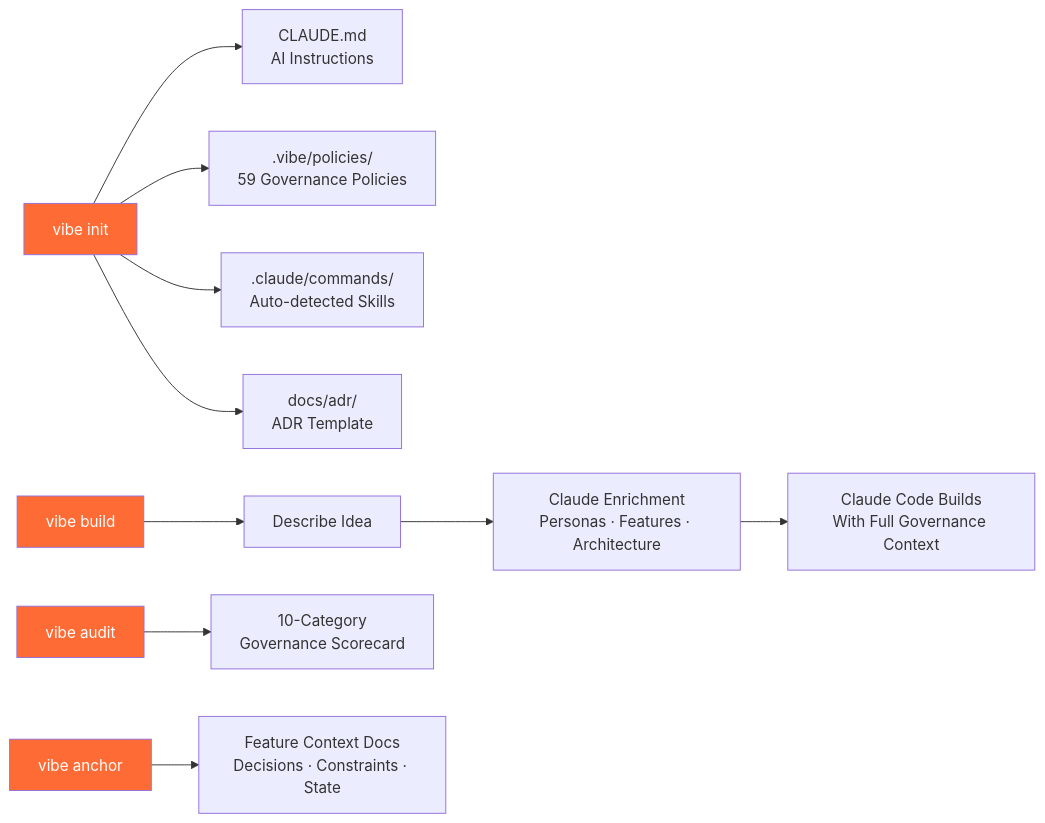
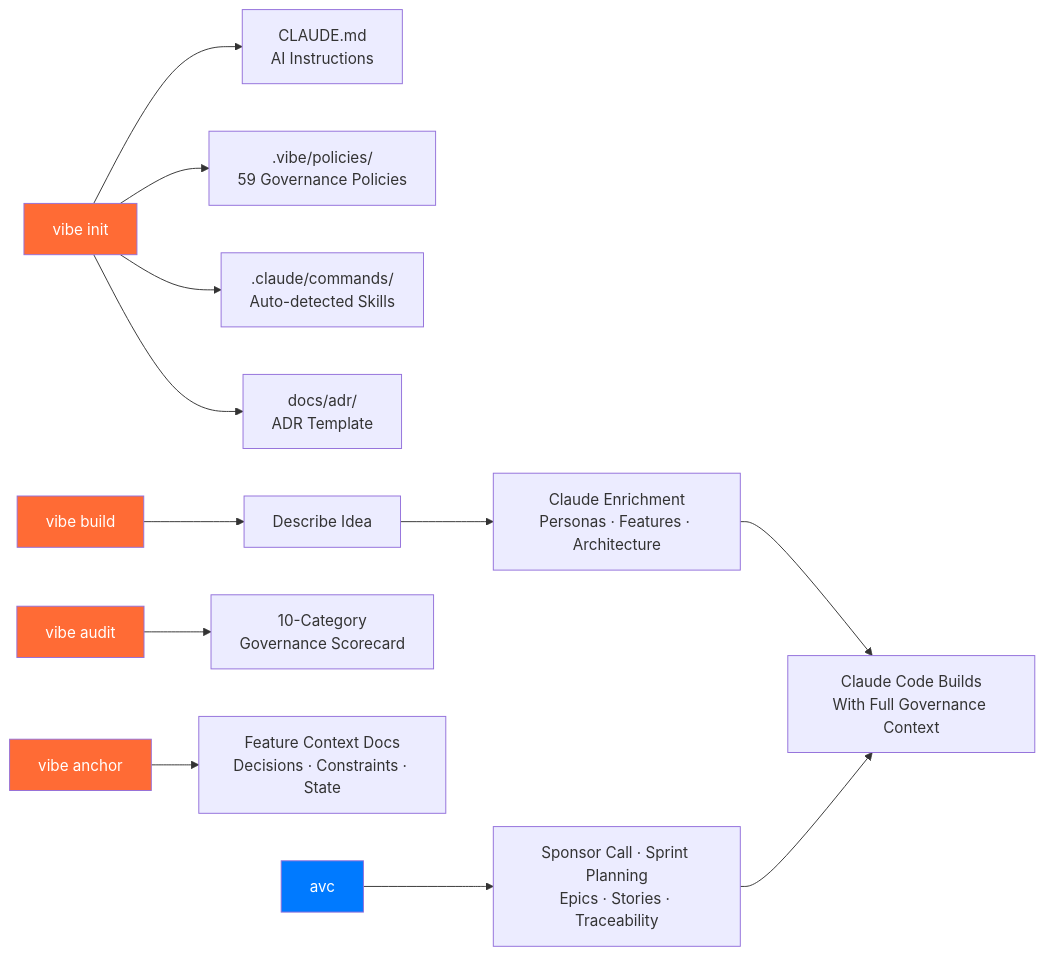
The first of 6 diagrams in README.md (vishalm/vibe-init), drawn with Mermaid before and after one commit. The commit also changed other lines of this file and 8 other files, not shown here.

````diff
--- a/README.md
+++ b/README.md
@@ -30,20 +30,24 @@
 ```mermaid
 graph LR
     A["vibe init"] --> B["CLAUDE.md<br/>AI Instructions"]
     A --> C[".vibe/policies/<br/>59 Governance Policies"]
     A --> D[".claude/commands/<br/>Auto-detected Skills"]
     A --> E["docs/adr/<br/>ADR Template"]
     
     F["vibe build"] --> G["Describe Idea"]
     G --> H["Claude Enrichment<br/>Personas · Features · Architecture"]
     H --> I["Claude Code Builds<br/>With Full Governance Context"]
     
     J["vibe audit"] --> K["10-Category<br/>Governance Scorecard"]
     
     L["vibe anchor"] --> M["Feature Context Docs<br/>Decisions · Constraints · State"]
     
+    N["avc"] --> O["Sponsor Call · Sprint Planning<br/>Epics · Stories · Traceability"]
+    O --> I
+    
     style A fill:#FF6B35,color:#fff
     style F fill:#FF6B35,color:#fff
     style J fill:#FF6B35,color:#fff
     style L fill:#FF6B35,color:#fff
+    style N fill:#007AFF,color:#fff
 ```
````
